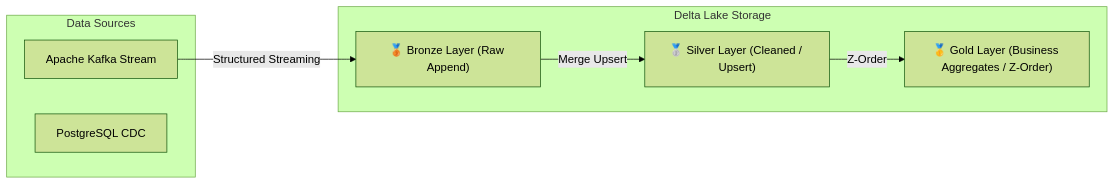
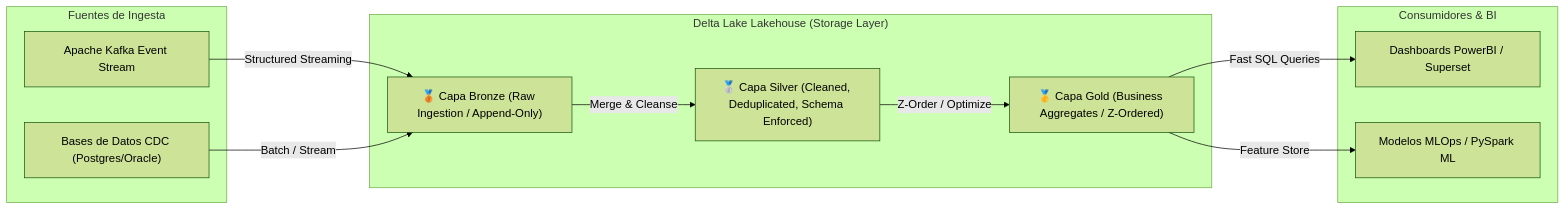
Before and after one commit to gjpierp/nmergeia: the diagram in public/docs/en/datascience_deltalake.md, drawn with Mermaid (forest theme). The commit also changed other lines of this file and 230 other files, not shown here.

````diff
--- a/public/docs/en/datascience_deltalake.md
+++ b/public/docs/en/datascience_deltalake.md
@@ -15,17 +15,25 @@
 ```mermaid
 flowchart LR
-    subgraph Sources ["Data Sources"]
-        Kafka["Apache Kafka Stream"]
-        CDC["PostgreSQL CDC"]
+    subgraph Sources ["Fuentes de Ingesta"]
+        Kafka["Apache Kafka Event Stream"]
+        CDC["Bases de Datos CDC (Postgres/Oracle)"]
     end
 
-    subgraph Lakehouse ["Delta Lake Storage"]
-        Bronze["🥉 Bronze Layer (Raw Append)"]
-        Silver["🥈 Silver Layer (Cleaned / Upsert)"]
-        Gold["🥇 Gold Layer (Business Aggregates / Z-Order)"]
+    subgraph Lakehouse ["Delta Lake Lakehouse (Storage Layer)"]
+        Bronze["🥉 Capa Bronze (Raw Ingestion / Append-Only)"]
+        Silver["🥈 Capa Silver (Cleaned, Deduplicated, Schema Enforced)"]
+        Gold["🥇 Capa Gold (Business Aggregates / Z-Ordered)"]
+    end
+
+    subgraph Analytics ["Consumidores & BI"]
+        BI["Dashboards PowerBI / Superset"]
+        ML["Modelos MLOps / PySpark ML"]
     end
 
     Kafka -->|Structured Streaming| Bronze
-    Bronze -->|Merge Upsert| Silver
-    Silver -->|Z-Order| Gold
+    CDC -->|Batch / Stream| Bronze
+    Bronze -->|Merge & Cleanse| Silver
+    Silver -->|Z-Order / Optimize| Gold
+    Gold -->|Fast SQL Queries| BI
+    Gold -->|Feature Store| ML
 ```
````
